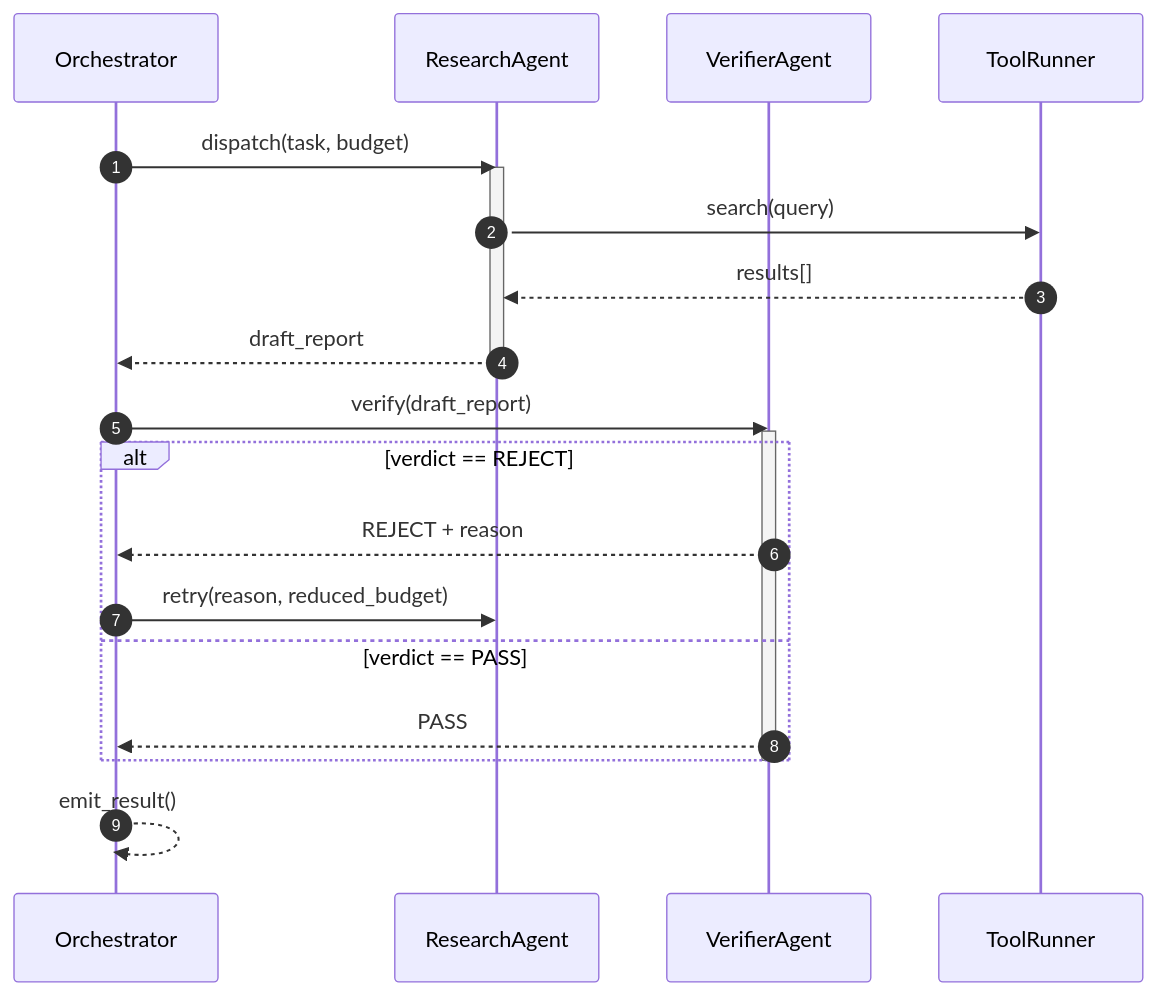
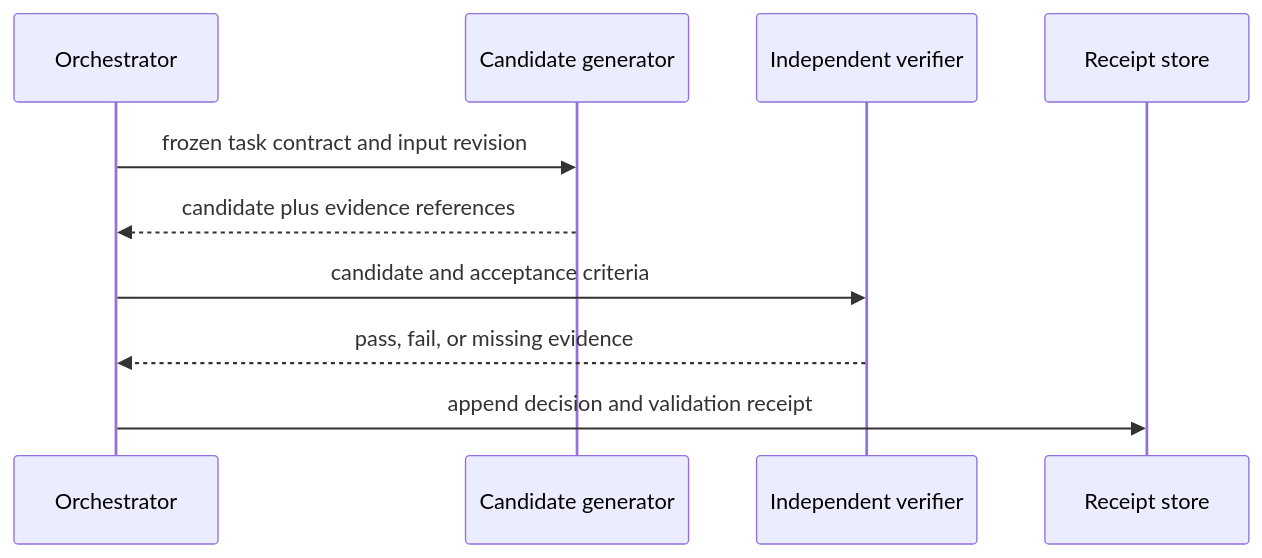
One commit to AnastasiyaW/knowledge-space changed the first of 2 diagrams in docs/llm-agents/uml-driven-agent-development.md. Above: the diagram before and after it, drawn with Mermaid. The commit also changed other lines of this file and 12 other files, not shown here.

````diff
--- a/docs/llm-agents/uml-driven-agent-development.md
+++ b/docs/llm-agents/uml-driven-agent-development.md
@@ -35,27 +29,13 @@
 ```mermaid
 sequenceDiagram
-    autonumber
     participant O as Orchestrator
-    participant R as ResearchAgent
-    participant V as VerifierAgent
-    participant T as ToolRunner
+    participant G as Candidate generator
+    participant V as Independent verifier
+    participant R as Receipt store
 
-    O->>R: dispatch(task, budget)
-    activate R
-    R->>T: search(query)
-    T-->>R: results[]
-    R-->>O: draft_report
-    deactivate R
-
-    O->>V: verify(draft_report)
-    activate V
-    alt verdict == REJECT
-        V-->>O: REJECT + reason
-        O->>R: retry(reason, reduced_budget)
-    else verdict == PASS
-        V-->>O: PASS
-    end
-    deactivate V
-
-    O-->>O: emit_result()
+    O->>G: frozen task contract and input revision
+    G-->>O: candidate plus evidence references
+    O->>V: candidate and acceptance criteria
+    V-->>O: pass, fail, or missing evidence
+    O->>R: append decision and validation receipt
 ```
````
